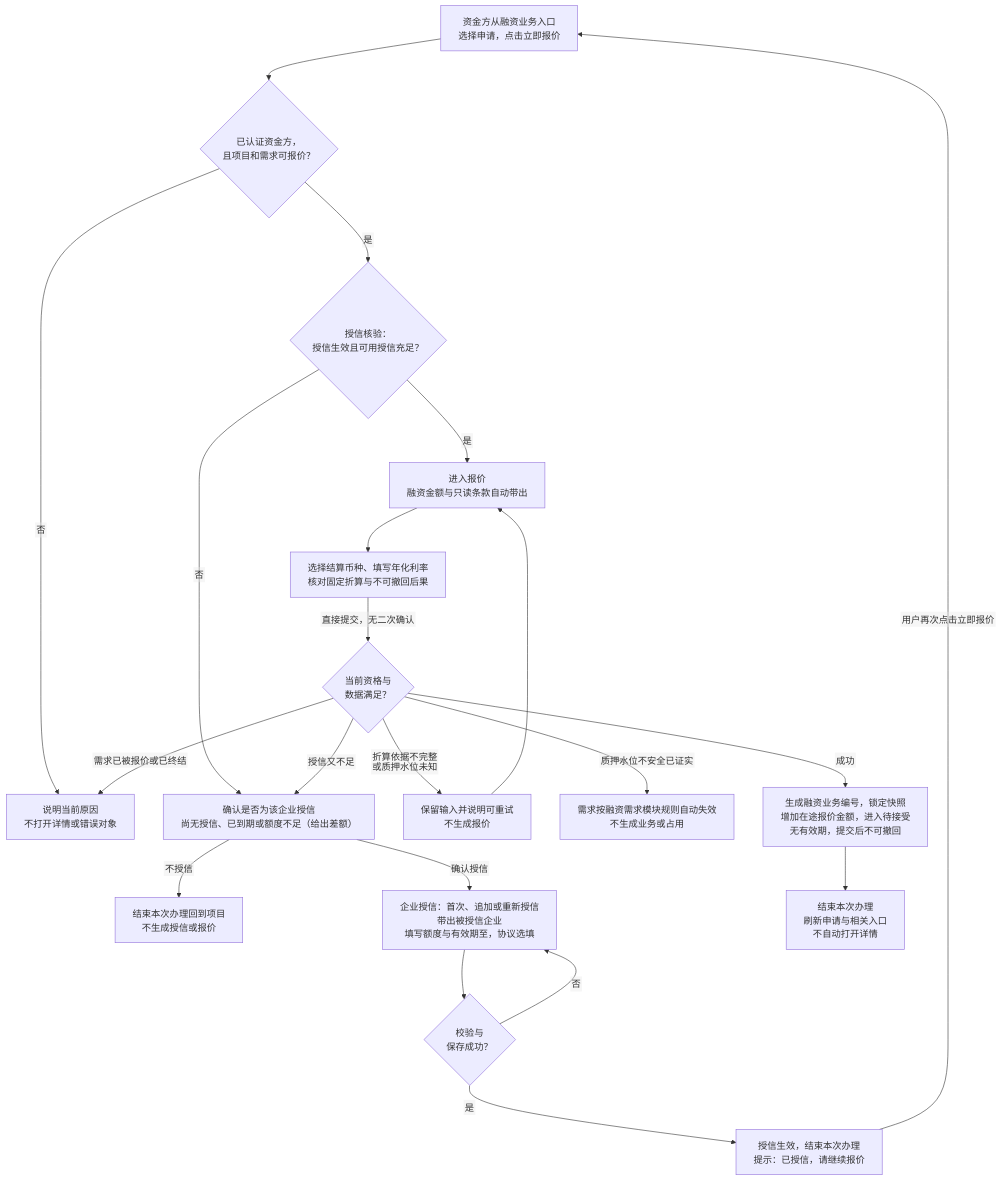
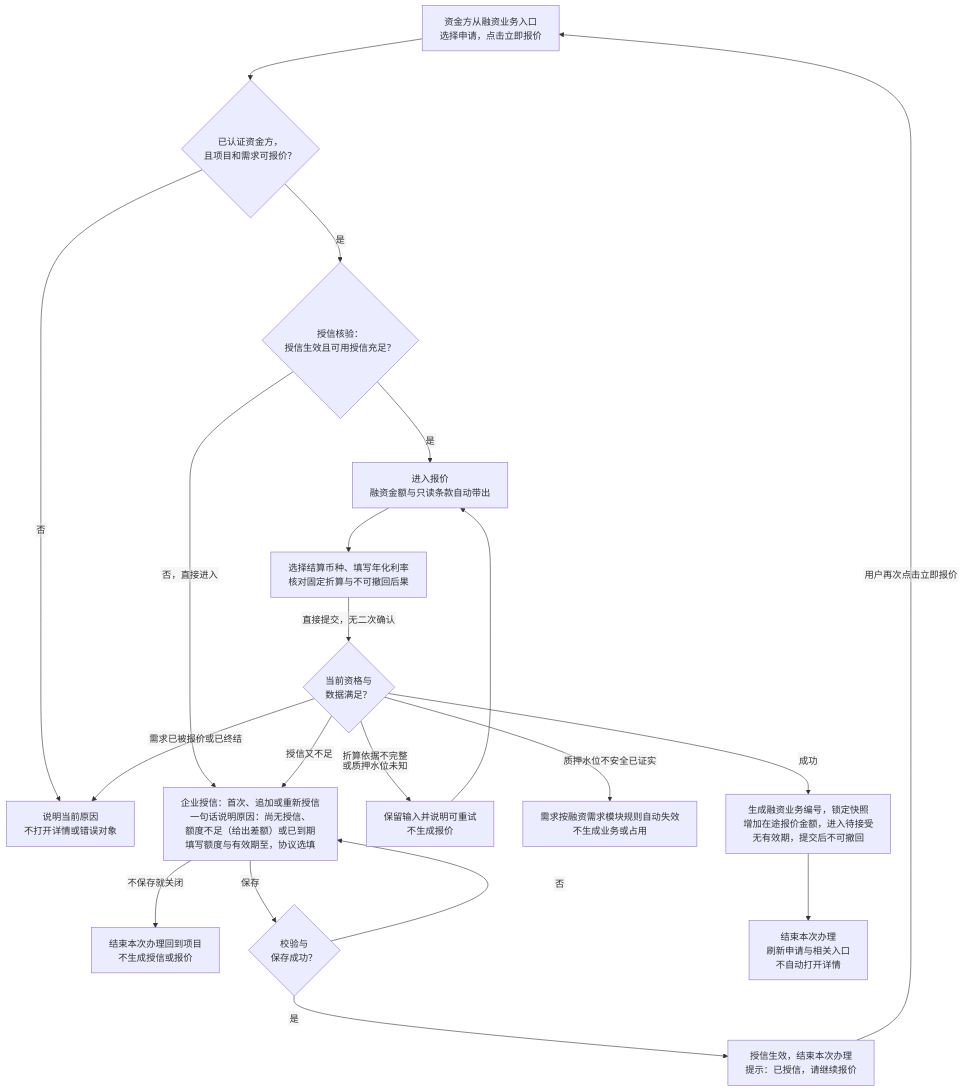
The first of 8 diagrams in lending-platform/PRD/面客端/06-借贷广场-授信报价与接受拒绝/02-授信报价与接受拒绝-流程图与状态机.md (wxblockchain/Chain-Financing), drawn with Mermaid before and after one commit. The commit also changed other lines of this file and 2 other files, not shown here.

````diff
--- a/lending-platform/PRD/面客端/06-借贷广场-授信报价与接受拒绝/02-授信报价与接受拒绝-流程图与状态机.md
+++ b/lending-platform/PRD/面客端/06-借贷广场-授信报价与接受拒绝/02-授信报价与接受拒绝-流程图与状态机.md
@@ -21,24 +21,23 @@
 ```mermaid
 %%{init: {"flowchart": {"htmlLabels": false, "wrappingWidth": 400}}}%%
 flowchart TD
   A["资金方从融资业务入口<br/>选择申请，点击立即报价"] --> B{"已认证资金方，<br/>且项目和需求可报价？"}
   B -->|"否"| X["说明当前原因<br/>不打开详情或错误对象"]
   B -->|"是"| C{"授信核验：<br/>授信生效且可用授信充足？"}
-  C -->|"否"| D["确认是否为该企业授信<br/>尚无授信、已到期或额度不足（给出差额）"]
-  D -->|"不授信"| E["结束本次办理回到项目<br/>不生成授信或报价"]
-  D -->|"确认授信"| F["企业授信：首次、追加或重新授信<br/>带出被授信企业<br/>填写额度与有效期至，协议选填"]
-  F --> G{"校验与<br/>保存成功？"}
+  C -->|"否，直接进入"| F["企业授信：首次、追加或重新授信<br/>一句话说明原因：尚无授信、<br/>额度不足（给出差额）或已到期<br/>填写额度与有效期至，协议选填"]
+  F -->|"不保存就关闭"| E["结束本次办理回到项目<br/>不生成授信或报价"]
+  F -->|"保存"| G{"校验与<br/>保存成功？"}
   G -->|"否"| F
   G -->|"是"| H["授信生效，结束本次办理<br/>提示：已授信，请继续报价"]
   H -->|"用户再次点击立即报价"| A
   C -->|"是"| Q["进入报价<br/>融资金额与只读条款自动带出"]
   Q --> R["选择结算币种、填写年化利率<br/>核对固定折算与不可撤回后果"]
   R -->|"直接提交，无二次确认"| S{"当前资格与<br/>数据满足？"}
   S -->|"折算依据不完整<br/>或质押水位未知"| U["保留输入并说明可重试<br/>不生成报价"]
   U --> Q
   S -->|"质押水位不安全已证实"| V["需求按融资需求模块规则自动失效<br/>不生成业务或占用"]
   S -->|"需求已被报价或已终结"| X
-  S -->|"授信又不足"| D
+  S -->|"授信又不足"| F
   S -->|"成功"| W["生成融资业务编号，锁定快照<br/>增加在途报价金额，进入待接受<br/>无有效期，提交后不可撤回"]
   W --> Z["结束本次办理<br/>刷新申请与相关入口<br/>不自动打开详情"]
 ```
````
